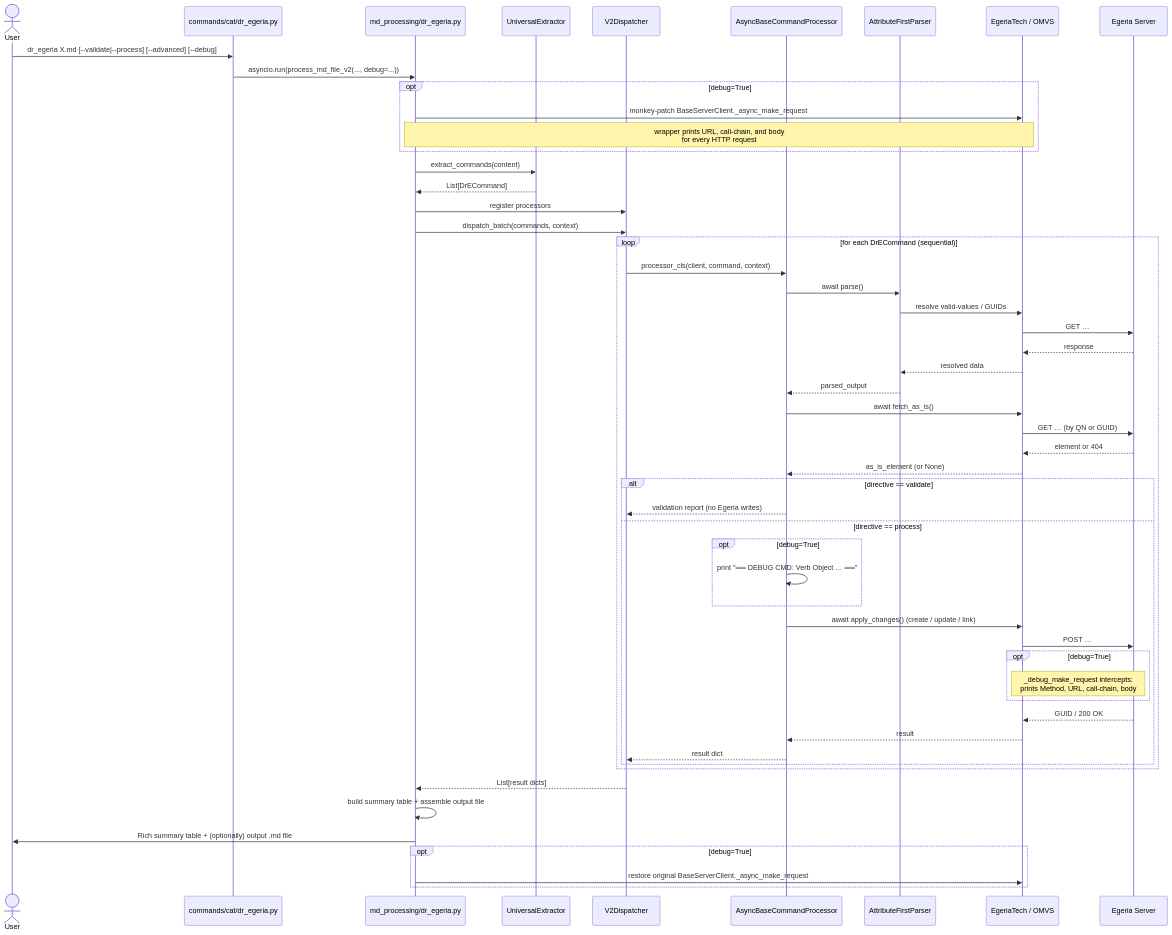
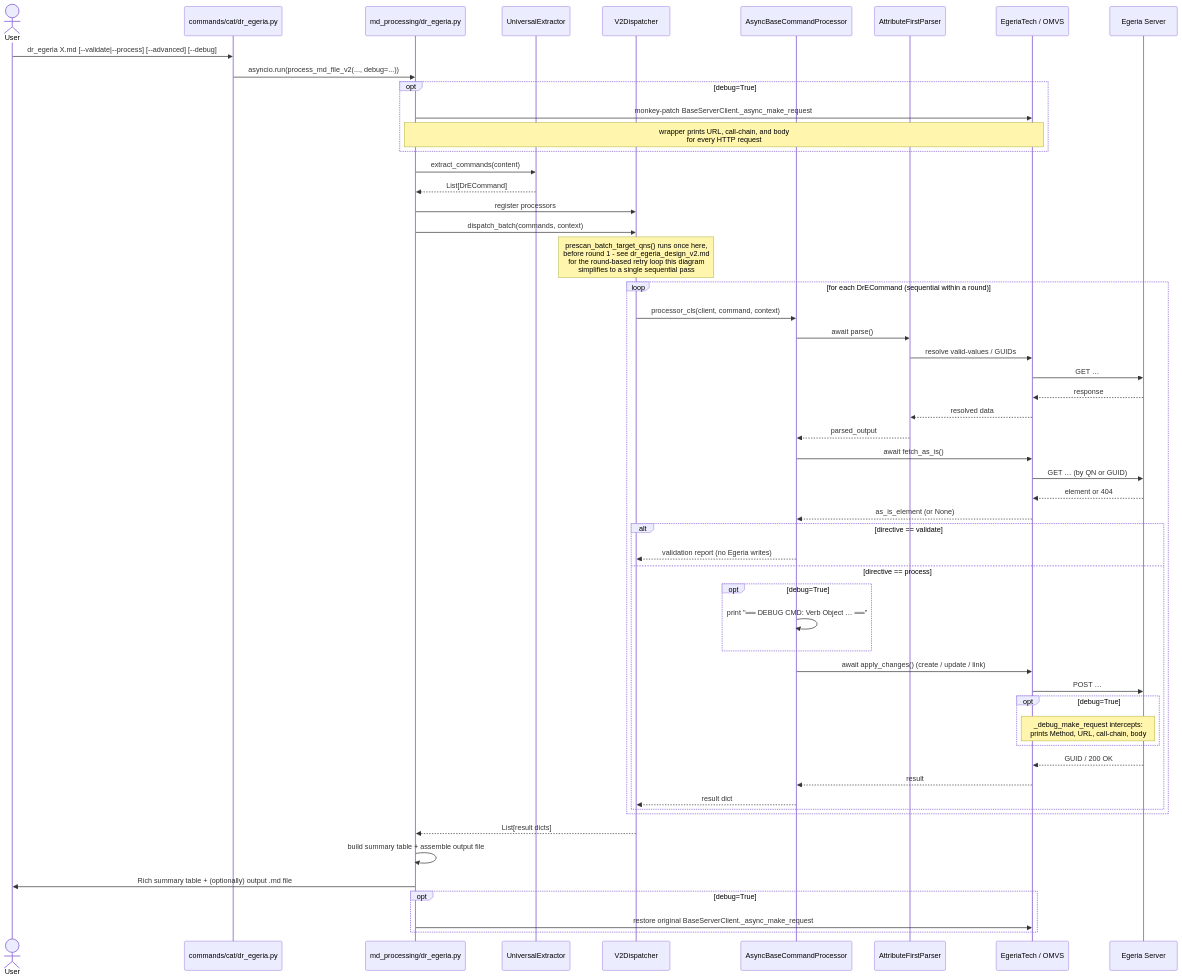
Before and after one commit to odpi/egeria-python: the second of 4 diagrams in docs/design/dr-egeria-module-structure.md, drawn with Mermaid. The commit also changed other lines of this file and 15 other files, not shown here.

````diff
--- a/docs/design/dr-egeria-module-structure.md
+++ b/docs/design/dr-egeria-module-structure.md
@@ -70,65 +70,66 @@
 ```mermaid
 sequenceDiagram
     actor User
     participant CLI  as commands/cat/dr_egeria.py
     participant ORCH as md_processing/dr_egeria.py
     participant EXT  as UniversalExtractor
     participant DISP as V2Dispatcher
     participant PROC as AsyncBaseCommandProcessor
     participant PRSR as AttributeFirstParser
     participant SDK  as EgeriaTech / OMVS
     participant EGERIA as Egeria Server
 
     User->>CLI: dr_egeria X.md [--validate|--process] [--advanced] [--debug]
     CLI->>ORCH: asyncio.run(process_md_file_v2(..., debug=...))
 
     opt debug=True
         ORCH->>SDK: monkey-patch BaseServerClient._async_make_request
         Note over ORCH,SDK: wrapper prints URL, call-chain, and body<br/>for every HTTP request
     end
 
     ORCH->>EXT: extract_commands(content)
     EXT-->>ORCH: List[DrECommand]
 
     ORCH->>DISP: register processors
     ORCH->>DISP: dispatch_batch(commands, context)
+    Note over DISP: prescan_batch_target_qns() runs once here,<br/>before round 1 - see dr_egeria_design_v2.md<br/>for the round-based retry loop this diagram<br/>simplifies to a single sequential pass
 
-    loop for each DrECommand (sequential)
+    loop for each DrECommand (sequential within a round)
         DISP->>PROC: processor_cls(client, command, context)
         PROC->>PRSR: await parse()
         PRSR->>SDK: resolve valid-values / GUIDs
         SDK->>EGERIA: GET …
         EGERIA-->>SDK: response
         SDK-->>PRSR: resolved data
         PRSR-->>PROC: parsed_output
 
         PROC->>SDK: await fetch_as_is()
         SDK->>EGERIA: GET … (by QN or GUID)
         EGERIA-->>SDK: element or 404
         SDK-->>PROC: as_is_element (or None)
 
         alt directive == validate
             PROC-->>DISP: validation report (no Egeria writes)
         else directive == process
             opt debug=True
                 PROC->>PROC: print "══ DEBUG CMD: Verb Object … ══"
             end
             PROC->>SDK: await apply_changes()  (create / update / link)
             SDK->>EGERIA: POST …
             opt debug=True
                 Note over SDK,EGERIA: _debug_make_request intercepts:<br/>prints Method, URL, call-chain, body
             end
             EGERIA-->>SDK: GUID / 200 OK
             SDK-->>PROC: result
             PROC-->>DISP: result dict
         end
     end
 
     DISP-->>ORCH: List[result dicts]
     ORCH->>ORCH: build summary table + assemble output file
     ORCH->>User: Rich summary table + (optionally) output .md file
 
     opt debug=True
         ORCH->>SDK: restore original BaseServerClient._async_make_request
     end
 ```
````
